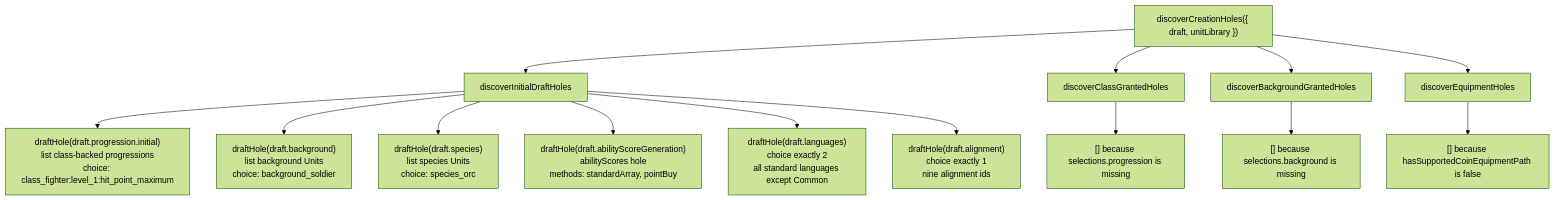
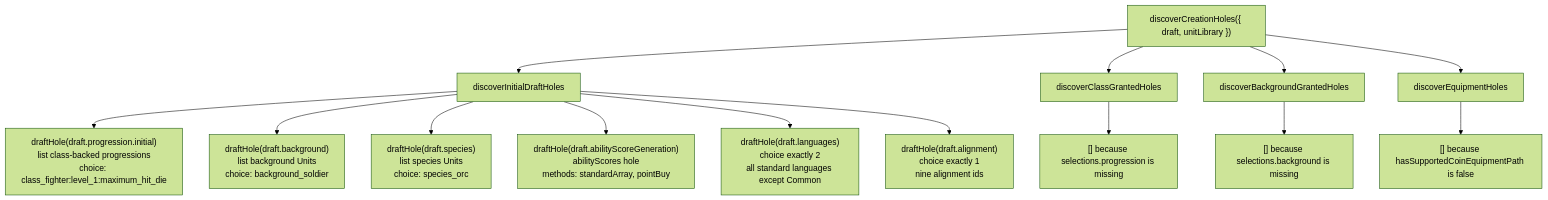
Before and after one commit to dearlordylord/5e-quint: the third of 10 diagrams in packages/character-creation-runtime/EXPLANATORY_TIME_DIAGRAM.md, drawn with Mermaid (forest theme). The commit also changed other lines of this file and 18 other files, not shown here.

````diff
--- a/packages/character-creation-runtime/EXPLANATORY_TIME_DIAGRAM.md
+++ b/packages/character-creation-runtime/EXPLANATORY_TIME_DIAGRAM.md
@@ -224,24 +224,24 @@
 ```mermaid
 flowchart TD
   Discover["discoverCreationHoles({ draft, unitLibrary })"]
   Initial["discoverInitialDraftHoles"]
   Class["discoverClassGrantedHoles"]
   Background["discoverBackgroundGrantedHoles"]
   Equipment["discoverEquipmentHoles"]
 
   Discover --> Initial
   Discover --> Class
   Discover --> Background
   Discover --> Equipment
 
-  Initial --> Progression["draftHole(draft.progression.initial)<br/>list class-backed progressions<br/>choice: class_fighter:level_1:hit_point_maximum"]
+  Initial --> Progression["draftHole(draft.progression.initial)<br/>list class-backed progressions<br/>choice: class_fighter:level_1:maximum_hit_die"]
   Initial --> Bg["draftHole(draft.background)<br/>list background Units<br/>choice: background_soldier"]
   Initial --> Species["draftHole(draft.species)<br/>list species Units<br/>choice: species_orc"]
   Initial --> Scores["draftHole(draft.abilityScoreGeneration)<br/>abilityScores hole<br/>methods: standardArray, pointBuy"]
   Initial --> Lang["draftHole(draft.languages)<br/>choice exactly 2<br/>all standard languages except Common"]
   Initial --> Align["draftHole(draft.alignment)<br/>choice exactly 1<br/>nine alignment ids"]
 
   Class --> NoClass["[] because selections.progression is missing"]
   Background --> NoBg["[] because selections.background is missing"]
   Equipment --> NoEquip["[] because hasSupportedCoinEquipmentPath is false"]
 ```
````
